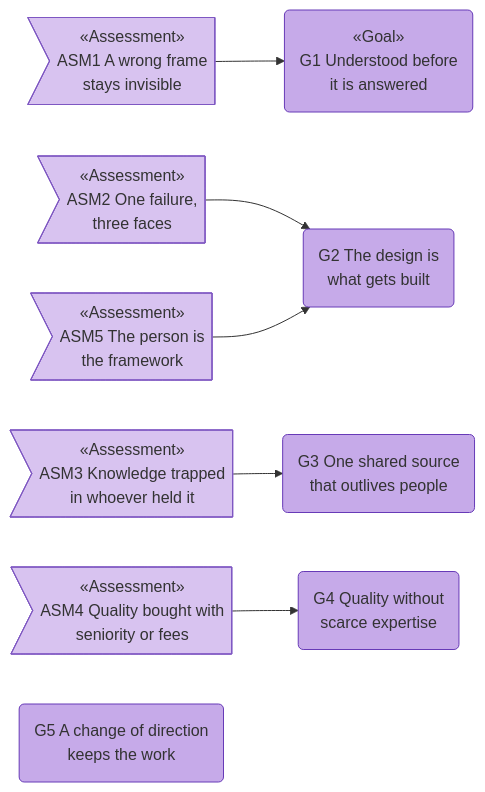
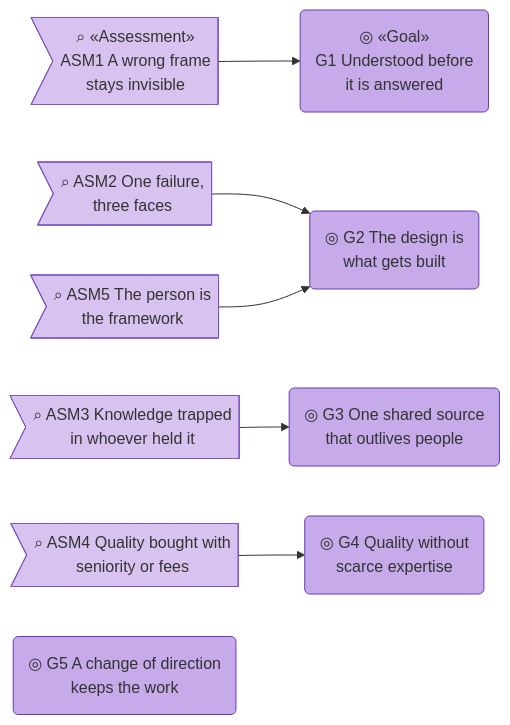
Before and after one commit to roanboc/architecture-archreator: the fourth of 7 diagrams in organization/docs/ea/1_strategy/1_motivation.md, drawn with Mermaid. The commit also changed other lines of this file and 7 other files, not shown here.

````diff
--- a/organization/docs/ea/1_strategy/1_motivation.md
+++ b/organization/docs/ea/1_strategy/1_motivation.md
@@ -173,23 +180,23 @@
 ```mermaid
 flowchart LR
-  asm1>"«Assessment»<br>ASM1 A wrong frame<br>stays invisible"]:::assessment
-  asm2>"«Assessment»<br>ASM2 One failure,<br>three faces"]:::assessment
-  asm3>"«Assessment»<br>ASM3 Knowledge trapped<br>in whoever held it"]:::assessment
-  asm4>"«Assessment»<br>ASM4 Quality bought with<br>seniority or fees"]:::assessment
-  asm5>"«Assessment»<br>ASM5 The person is<br>the framework"]:::assessment
+  asm1>"⌕ «Assessment»<br>ASM1 A wrong frame<br>stays invisible"]:::assessment
+  asm2>"⌕ ASM2 One failure,<br>three faces"]:::assessment
+  asm3>"⌕ ASM3 Knowledge trapped<br>in whoever held it"]:::assessment
+  asm4>"⌕ ASM4 Quality bought with<br>seniority or fees"]:::assessment
+  asm5>"⌕ ASM5 The person is<br>the framework"]:::assessment
 
-  g1("«Goal»<br>G1 Understood before<br>it is answered"):::goal
-  g2("G2 The design is<br>what gets built"):::goal
-  g3("G3 One shared source<br>that outlives people"):::goal
-  g4("G4 Quality without<br>scarce expertise"):::goal
-  g5("G5 A change of direction<br>keeps the work"):::goal
+  g1("◎ «Goal»<br>G1 Understood before<br>it is answered"):::goal
+  g2("◎ G2 The design is<br>what gets built"):::goal
+  g3("◎ G3 One shared source<br>that outlives people"):::goal
+  g4("◎ G4 Quality without<br>scarce expertise"):::goal
+  g5("◎ G5 A change of direction<br>keeps the work"):::goal
 
   asm1 --> g1
   asm2 --> g2
   asm5 --> g2
   asm3 --> g3
   asm4 --> g4
 
   classDef assessment fill:#d8c3f0,stroke:#7e57c2,color:#333
   classDef goal fill:#c6aae9,stroke:#673ab7,color:#333
 ```
````
